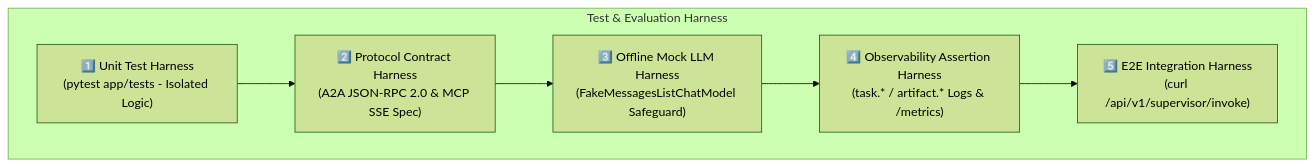
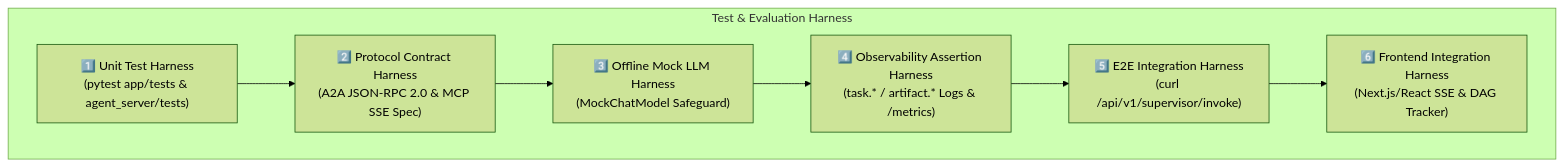
Before and after one commit to elevensheep/fund-agent-project: the diagram in docs/harness/README.md, drawn with Mermaid (forest theme). The commit also changed other lines of this file and 101 other files, not shown here.

````diff
--- a/docs/harness/README.md
+++ b/docs/harness/README.md
@@ -12,15 +14,17 @@
 ```mermaid
 graph TD
     subgraph Test & Evaluation Harness
-        Unit["1️⃣ Unit Test Harness<br/>(pytest app/tests - Isolated Logic)"]
+        Unit["1️⃣ Unit Test Harness<br/>(pytest app/tests & agent_server/tests)"]
         Contract["2️⃣ Protocol Contract Harness<br/>(A2A JSON-RPC 2.0 & MCP SSE Spec)"]
-        MockLLM["3️⃣ Offline Mock LLM Harness<br/>(FakeMessagesListChatModel Safeguard)"]
+        MockLLM["3️⃣ Offline Mock LLM Harness<br/>(MockChatModel Safeguard)"]
         Observability["4️⃣ Observability Assertion Harness<br/>(task.* / artifact.* Logs & /metrics)"]
         E2E["5️⃣ E2E Integration Harness<br/>(curl /api/v1/supervisor/invoke)"]
+        Frontend["6️⃣ Frontend Integration Harness<br/>(Next.js/React SSE & DAG Tracker)"]
     end
 
     Unit --> Contract
     Contract --> MockLLM
     MockLLM --> Observability
     Observability --> E2E
+    E2E --> Frontend
 ```
````
